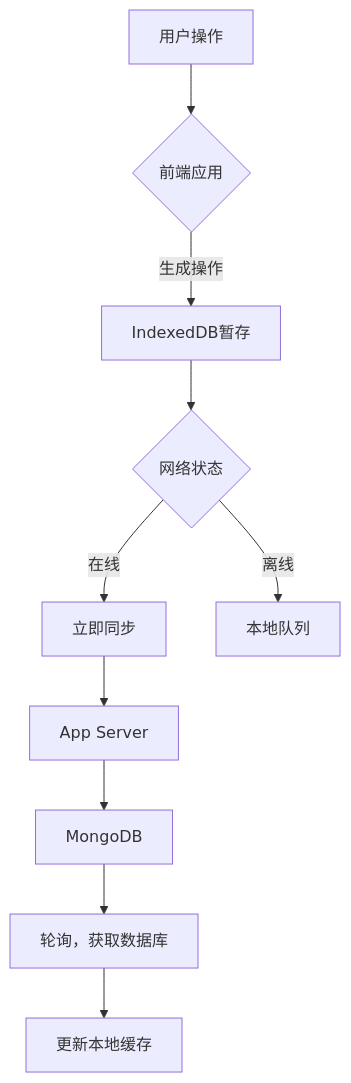
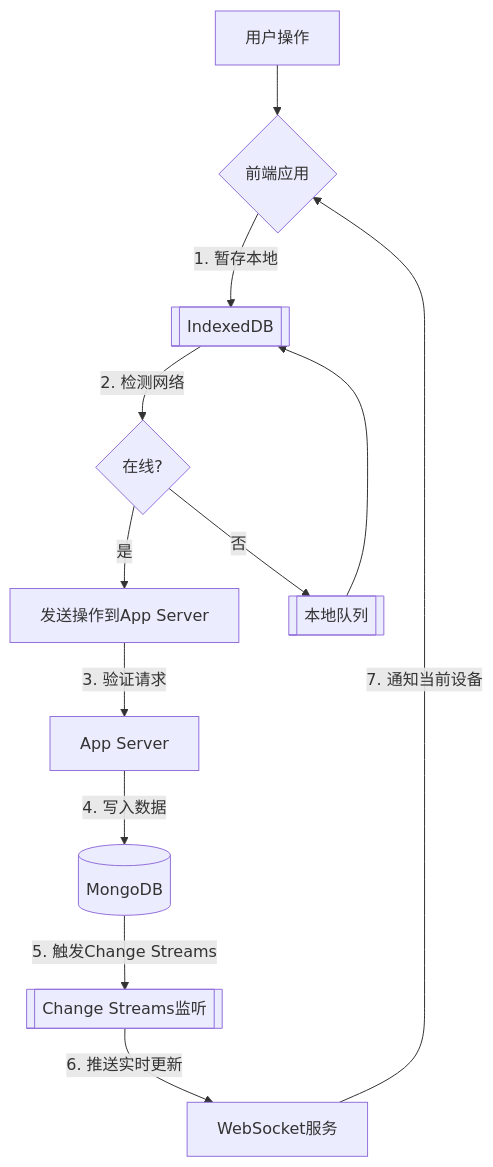
Before and after one commit to yingjianzh/iodraw-files: the diagram in all/未命名-21.md, drawn with Mermaid.

Commit message:
2025-02-17 14:52:06 update

````diff
--- a/all/未命名-21.md
+++ b/all/未命名-21.md
@@ -1,12 +1,13 @@
 ```mermaid
 graph TD
     A[用户操作] --> B{前端应用}
-    B -->|生成操作| C[IndexedDB暂存]
-    C --> D{网络状态}
-    D -->|在线| E[立即同步]
-    D -->|离线| F[本地队列]
-    E --> G[App Server]
-    G --> H[MongoDB]
-    H --> I[轮询，获取数据库]
-    I --> K[更新本地缓存]
+    B -->|1. 暂存本地| C[[IndexedDB]]
+    C -->|2. 检测网络| D{在线?}
+    D -->|是| E[发送操作到App Server]
+    D -->|否| F[[本地队列]] --> C
+    E -->|3. 验证请求| G[App Server]
+    G -->|4. 写入数据| H[(MongoDB)]
+    H -->|5. 触发Change Streams| I[[Change Streams监听]]
+    I -->|6. 推送实时更新| J[WebSocket服务]
+    J -->|7. 通知当前设备| B
 ```
````
